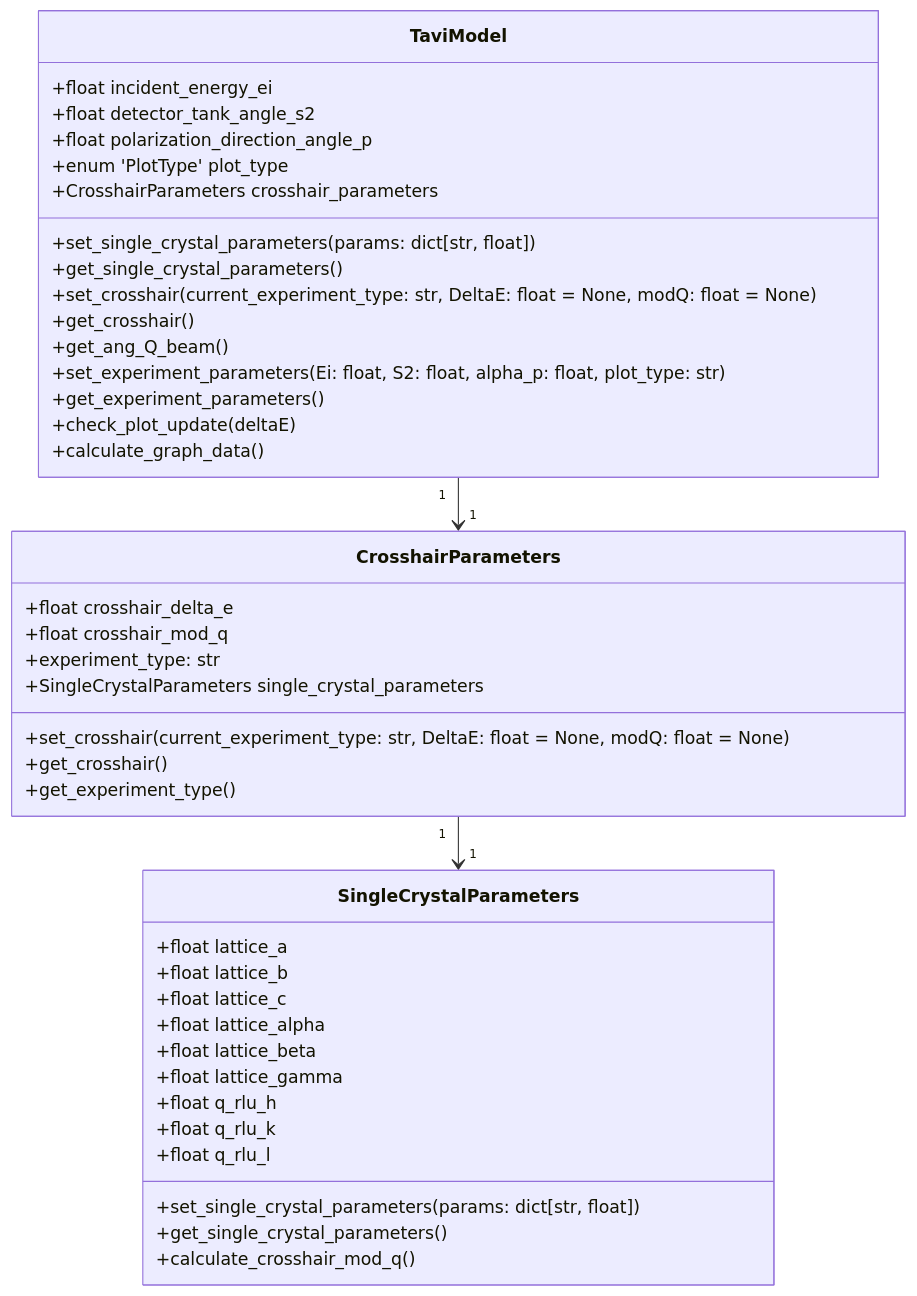
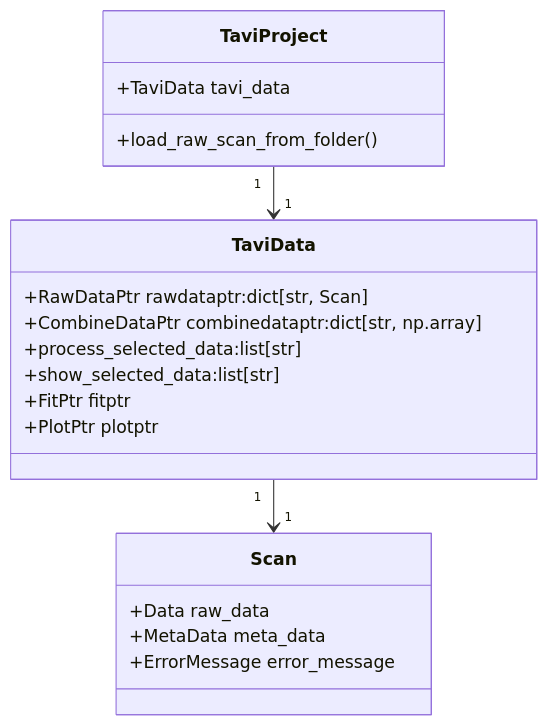
Before and after one commit to neutrons/TAVI: the first of 14 diagrams in docs/source/design/taviclasses.rst, drawn with Mermaid. The commit also changed other lines of this file and 1 other file, not shown here.

Commit message:
tavi_classes

```diff
--- a/docs/source/design/taviclasses.rst
+++ b/docs/source/design/taviclasses.rst
@@ -16,48 +16,26 @@
 .. mermaid::
 
  classDiagram
-    TaviModel "1" -->"1" CrosshairParameters
-    CrosshairParameters "1" -->"1" SingleCrystalParameters
+    TaviProject "1" -->"1" TaviData
+    TaviData "1" --> "1" Scan
 
-    class TaviModel{
-        +float incident_energy_ei
-        +float detector_tank_angle_s2
-        +float polarization_direction_angle_p
-        +enum 'PlotType' plot_type
-        +CrosshairParameters crosshair_parameters
-        +set_single_crystal_parameters(params: dict[str, float])
-        +get_single_crystal_parameters()
-        +set_crosshair(current_experiment_type: str, DeltaE: float = None, modQ: float = None)
-        +get_crosshair()
-        +get_ang_Q_beam()
-        +set_experiment_parameters(Ei: float, S2: float, alpha_p: float, plot_type: str)
-        +get_experiment_parameters()
-        +check_plot_update(deltaE)
-        +calculate_graph_data()
+    class TaviProject{
+        +TaviData tavi_data
+        +load_raw_scan_from_folder()
     }
 
 
-    class CrosshairParameters{
-        +float crosshair_delta_e
-        +float crosshair_mod_q
-        +experiment_type: str
-        +SingleCrystalParameters single_crystal_parameters
-        +set_crosshair(current_experiment_type: str, DeltaE: float = None, modQ: float = None)
-        +get_crosshair()
-        +get_experiment_type()
+    class TaviData{
+        +RawDataPtr rawdataptr:dict[str, Scan]
+        +CombineDataPtr combinedataptr:dict[str, np.array]
+        +process_selected_data:list[str]
+        +show_selected_data:list[str]
+        +FitPtr fitptr
+        +PlotPtr plotptr
     }
 
-    class SingleCrystalParameters{
-        +float lattice_a
-        +float lattice_b
-        +float lattice_c
-        +float lattice_alpha
-        +float lattice_beta
-        +float lattice_gamma
-        +float q_rlu_h
-        +float q_rlu_k
-        +float q_rlu_l
-        +set_single_crystal_parameters(params: dict[str, float])
-        +get_single_crystal_parameters()
-        +calculate_crosshair_mod_q()
+    class Scan{
+        +Data raw_data
+        +MetaData meta_data
+        +ErrorMessage error_message
     }
```
